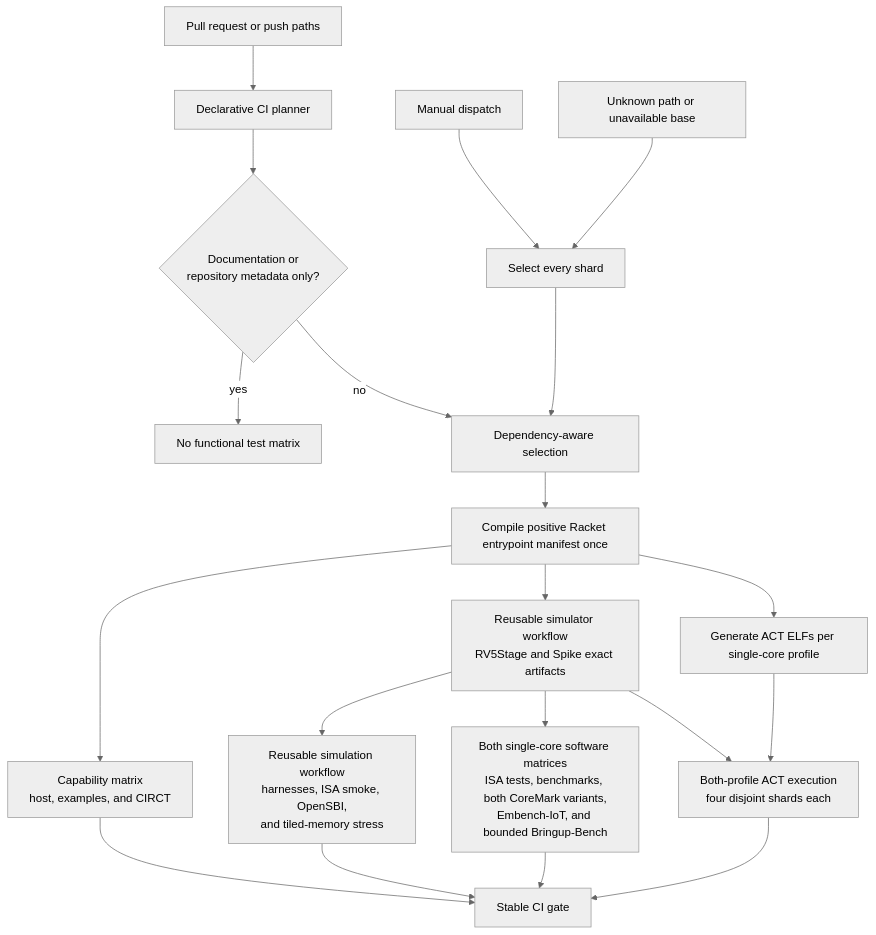
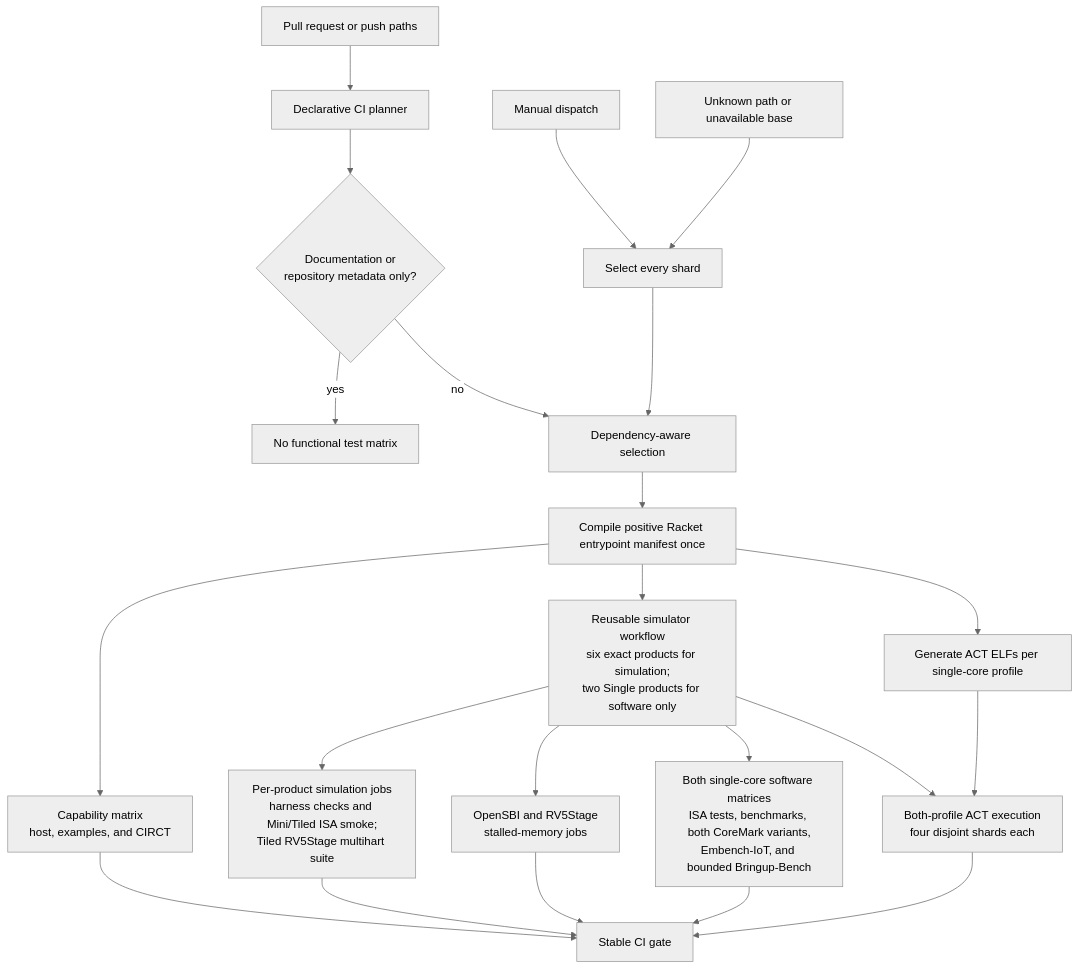
One commit to jerryz123/rhodium changed the diagram in tools/testing/DEVELOPING.md. Above: the diagram before and after it, drawn with Mermaid (neutral theme). The commit also changed other lines of this file and 28 other files, not shown here.

````diff
--- a/tools/testing/DEVELOPING.md
+++ b/tools/testing/DEVELOPING.md
@@ -90,22 +90,24 @@
 ```mermaid
 flowchart TD
     Changes["Pull request or push paths"] --> Classifier["Declarative CI planner"]
     Manual["Manual dispatch"] --> All["Select every shard"]
     Unknown["Unknown path or unavailable base"] --> All
     Classifier --> Docs{"Documentation or<br/>repository metadata only?"}
     Docs -->|yes| None["No functional test matrix"]
     Docs -->|no| Selected["Dependency-aware selection"]
     All --> Selected
     Selected --> Compile["Compile positive Racket entrypoint manifest once"]
     Compile --> Checks["Capability matrix<br/>host, examples, and CIRCT"]
-    Compile --> Simulators["Reusable simulator workflow<br/>RV5Stage and Spike exact artifacts"]
-    Simulators --> Simulation["Reusable simulation workflow<br/>harnesses, ISA smoke, OpenSBI,<br/>and tiled-memory stress"]
+    Compile --> Simulators["Reusable simulator workflow<br/>six exact products for simulation;<br/>two Single products for software only"]
+    Simulators --> Simulation["Per-product simulation jobs<br/>harness checks and Mini/Tiled ISA smoke;<br/>Tiled RV5Stage multihart suite"]
+    Simulators --> Qualification["OpenSBI and RV5Stage<br/>stalled-memory jobs"]
     Simulators --> Programs["Both single-core software matrices<br/>ISA tests, benchmarks, both CoreMark variants,<br/>Embench-IoT, and bounded Bringup-Bench"]
     Compile --> ActBuild["Generate ACT ELFs per single-core profile"]
     Simulators --> ActRun["Both-profile ACT execution<br/>four disjoint shards each"]
     ActBuild --> ActRun
     Checks --> Gate["Stable CI gate"]
     Simulation --> Gate
+    Qualification --> Gate
     Programs --> Gate
     ActRun --> Gate
 ```
````
